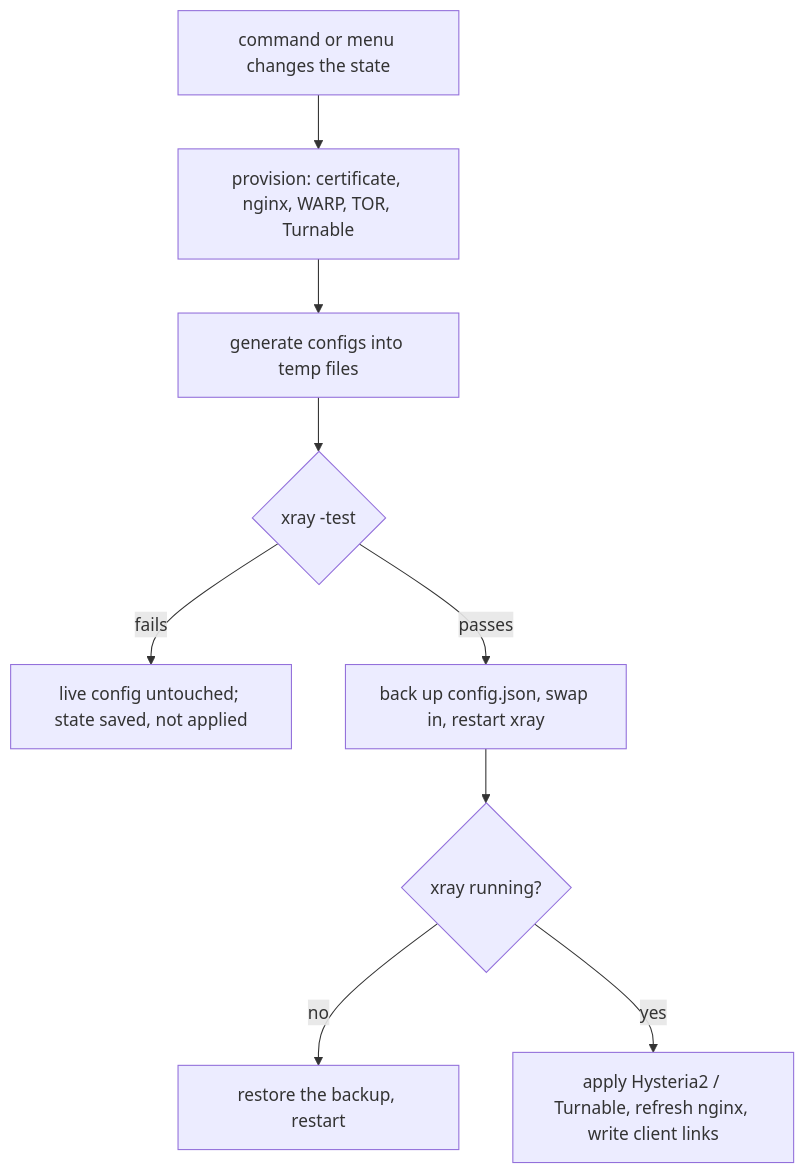
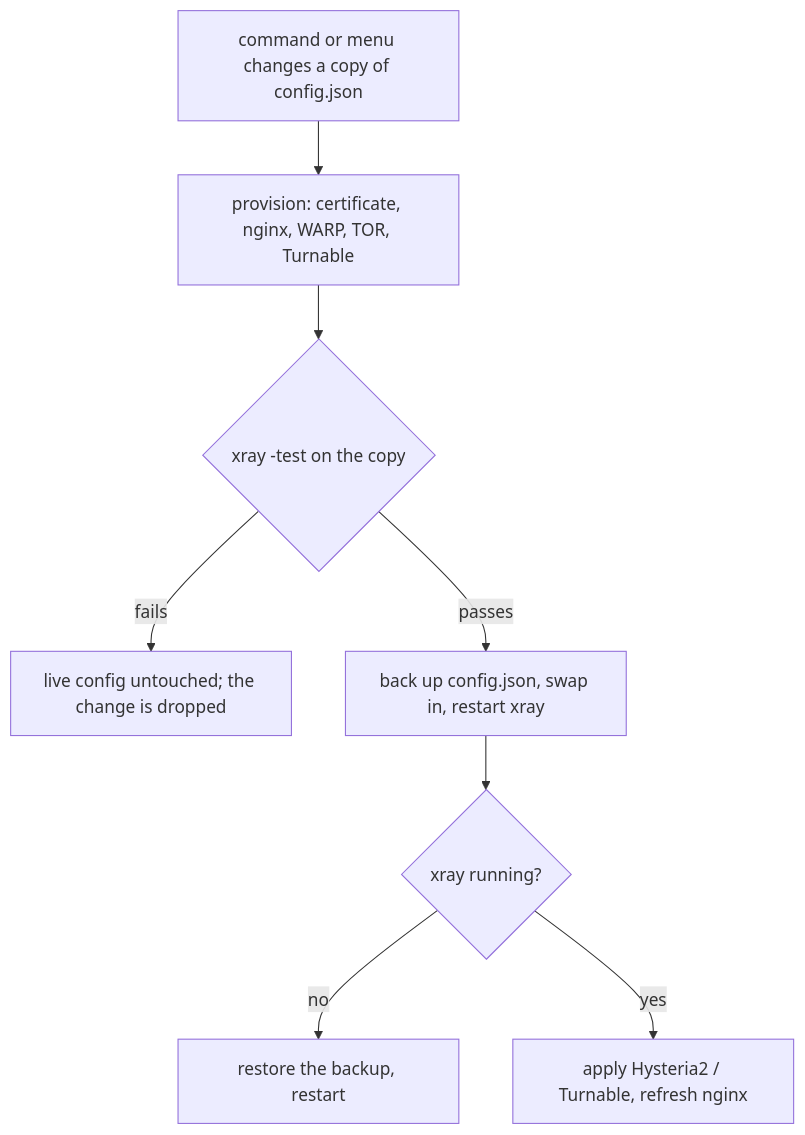
The second of 4 diagrams in docs/en/architecture.md (Shark-vil/xray_vless_easy_install_script), drawn with Mermaid before and after one commit. The commit also changed other lines of this file and 27 other files, not shown here.

First line of the commit message:
Make config.json the source of truth

````diff
--- a/docs/en/architecture.md
+++ b/docs/en/architecture.md
@@ -29,11 +34,10 @@
 ```mermaid
 flowchart TD
-    A[command or menu changes the state] --> B[provision: certificate, nginx, WARP, TOR, Turnable]
-    B --> C[generate configs into temp files]
-    C --> D{xray -test}
-    D -- fails --> E[live config untouched; state saved, not applied]
+    A[command or menu changes a copy of config.json] --> B[provision: certificate, nginx, WARP, TOR, Turnable]
+    B --> D{xray -test on the copy}
+    D -- fails --> E[live config untouched; the change is dropped]
     D -- passes --> F[back up config.json, swap in, restart xray]
     F --> G{xray running?}
     G -- no --> H[restore the backup, restart]
-    G -- yes --> I[apply Hysteria2 / Turnable, refresh nginx, write client links]
+    G -- yes --> I[apply Hysteria2 / Turnable, refresh nginx]
 ```
````
